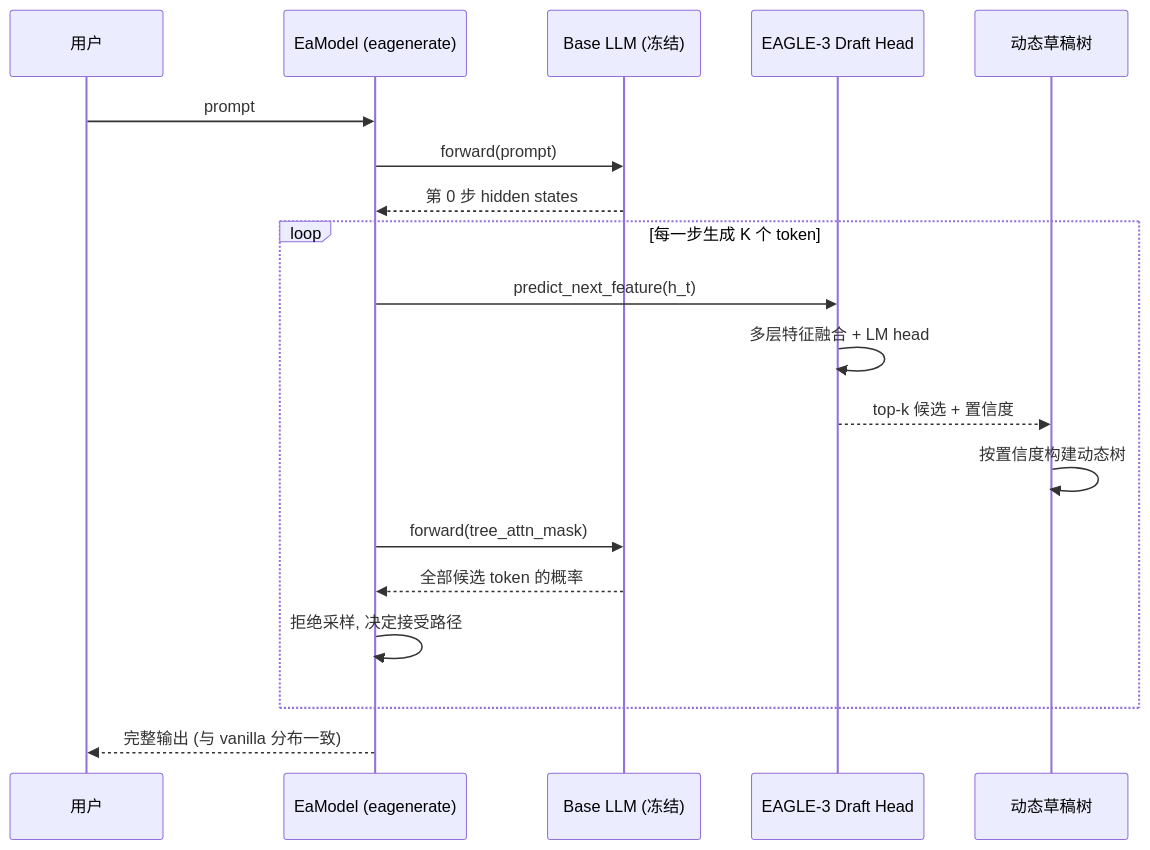
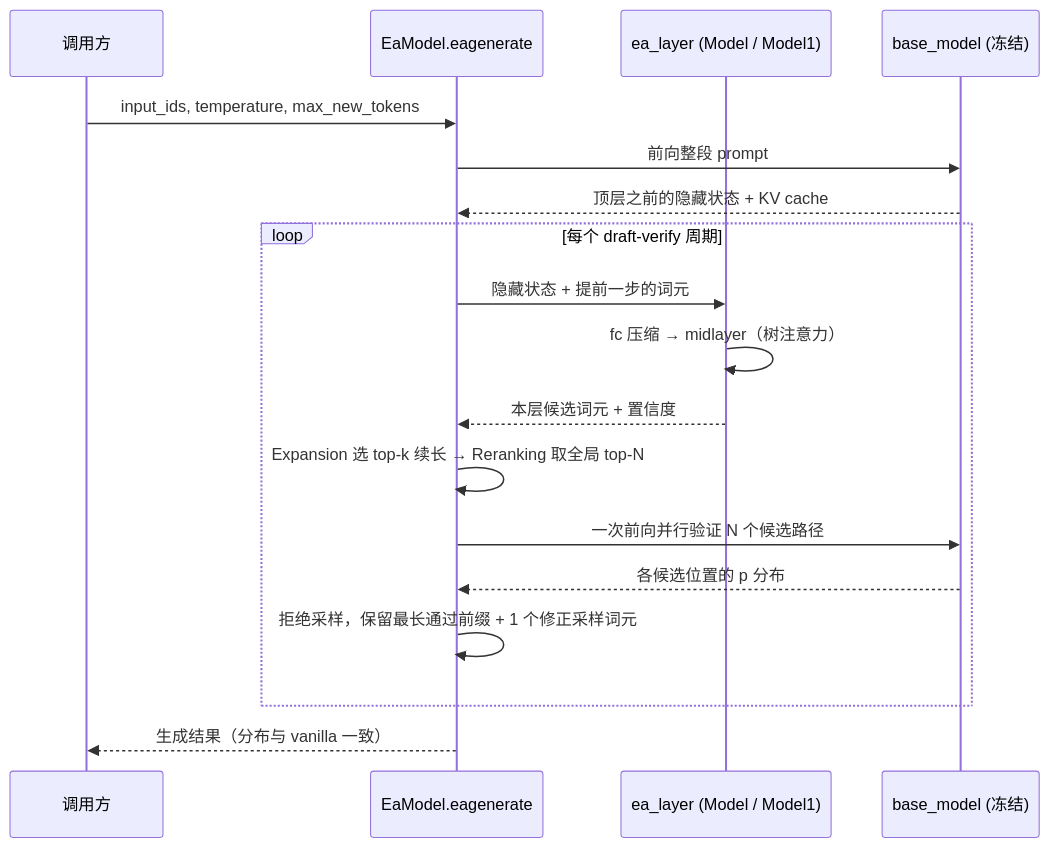
Before and after one commit to A1pha3/text-matrix: the diagram in content/posts/tech/safe-ai-lab-eagle-speculative-decoding-guide.md, drawn with Mermaid. The commit also changed other lines of this file and 227 other files, not shown here.

````diff
--- a/content/posts/tech/safe-ai-lab-eagle-speculative-decoding-guide.md
+++ b/content/posts/tech/safe-ai-lab-eagle-speculative-decoding-guide.md
@@ -256,21 +277,20 @@
 ```mermaid
 sequenceDiagram
-  participant U as 用户
-  participant EM as EaModel (eagenerate)
-  participant Base as Base LLM (冻结)
-  participant Draft as EAGLE-3 Draft Head
-  participant Tree as 动态草稿树
-  U->>EM: prompt
-  EM->>Base: forward(prompt)
-  Base-->>EM: 第 0 步 hidden states
-  loop 每一步生成 K 个 token
-    EM->>Draft: predict_next_feature(h_t)
-    Draft->>Draft: 多层特征融合 + LM head
-    Draft-->>Tree: top-k 候选 + 置信度
-    Tree->>Tree: 按置信度构建动态树
-    EM->>Base: forward(tree_attn_mask)
-    Base-->>EM: 全部候选 token 的概率
-    EM->>EM: 拒绝采样, 决定接受路径
+  participant App as 调用方
+  participant EM as EaModel.eagenerate
+  participant Draft as ea_layer (Model / Model1)
+  participant Base as base_model (冻结)
+  App->>EM: input_ids, temperature, max_new_tokens
+  EM->>Base: 前向整段 prompt
+  Base-->>EM: 顶层之前的隐藏状态 + KV cache
+  loop 每个 draft-verify 周期
+    EM->>Draft: 隐藏状态 + 提前一步的词元
+    Draft->>Draft: fc 压缩 → midlayer（树注意力）
+    Draft-->>EM: 本层候选词元 + 置信度
+    EM->>EM: Expansion 选 top-k 续长 → Reranking 取全局 top-N
+    EM->>Base: 一次前向并行验证 N 个候选路径
+    Base-->>EM: 各候选位置的 p 分布
+    EM->>EM: 拒绝采样，保留最长通过前缀 + 1 个修正采样词元
   end
-  EM-->>U: 完整输出 (与 vanilla 分布一致)
+  EM-->>App: 生成结果（分布与 vanilla 一致）
 ```
````
